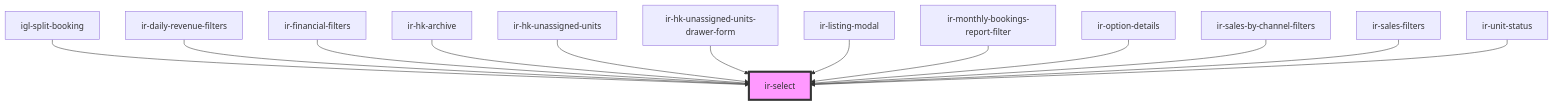
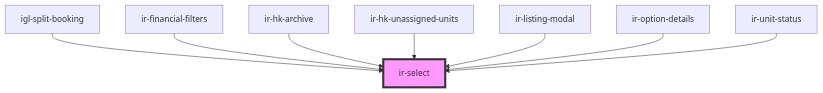
The diagram in src/components/ui/ir-select/readme.md (RonyRizk/ir-webcmp), drawn with Mermaid before and after one commit. The commit also changed other lines of this file and 508 other files, not shown here.

````diff
--- a/src/components/ui/ir-select/readme.md
+++ b/src/components/ui/ir-select/readme.md
@@ -75,16 +70,11 @@
 ```mermaid
 graph TD;
   igl-split-booking --> ir-select
-  ir-daily-revenue-filters --> ir-select
   ir-financial-filters --> ir-select
   ir-hk-archive --> ir-select
   ir-hk-unassigned-units --> ir-select
-  ir-hk-unassigned-units-drawer-form --> ir-select
   ir-listing-modal --> ir-select
-  ir-monthly-bookings-report-filter --> ir-select
   ir-option-details --> ir-select
-  ir-sales-by-channel-filters --> ir-select
-  ir-sales-filters --> ir-select
   ir-unit-status --> ir-select
   style ir-select fill:#f9f,stroke:#333,stroke-width:4px
 ```
````
